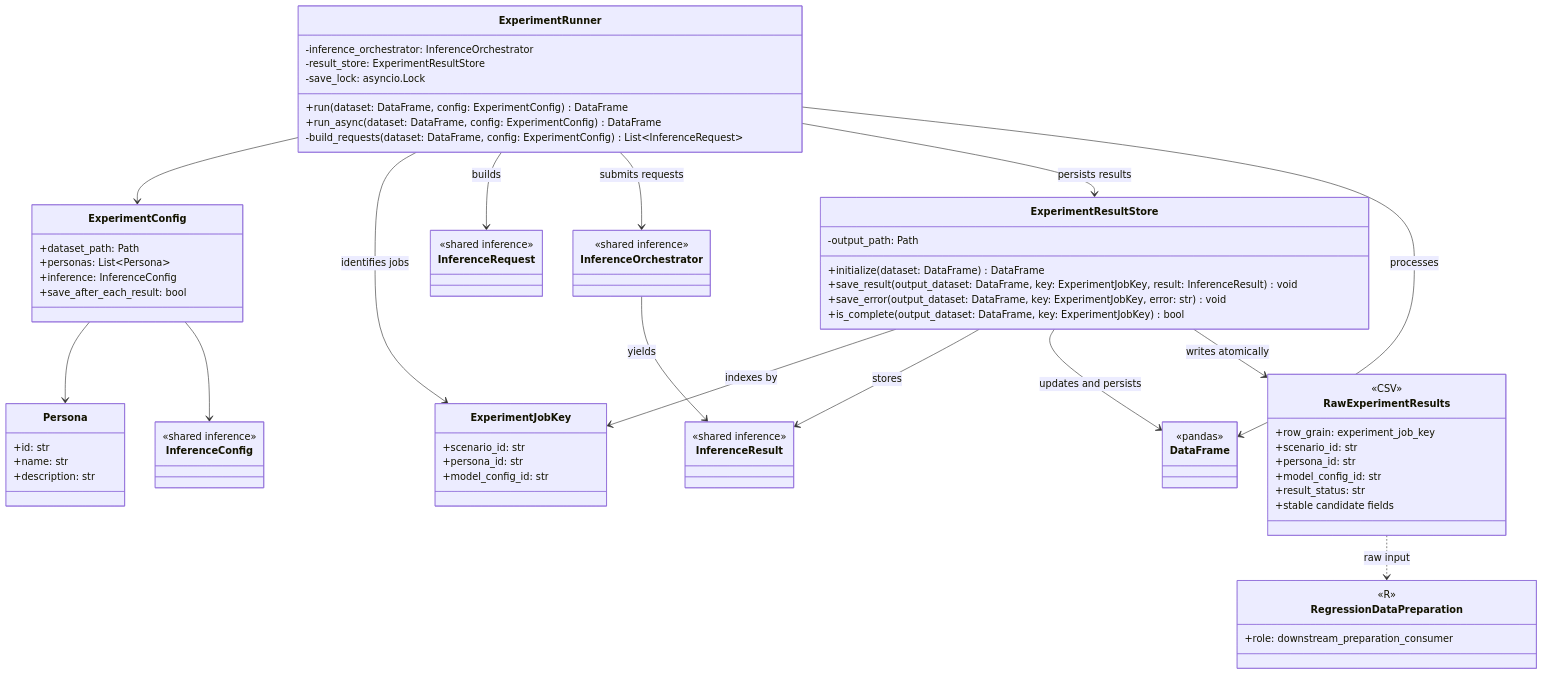
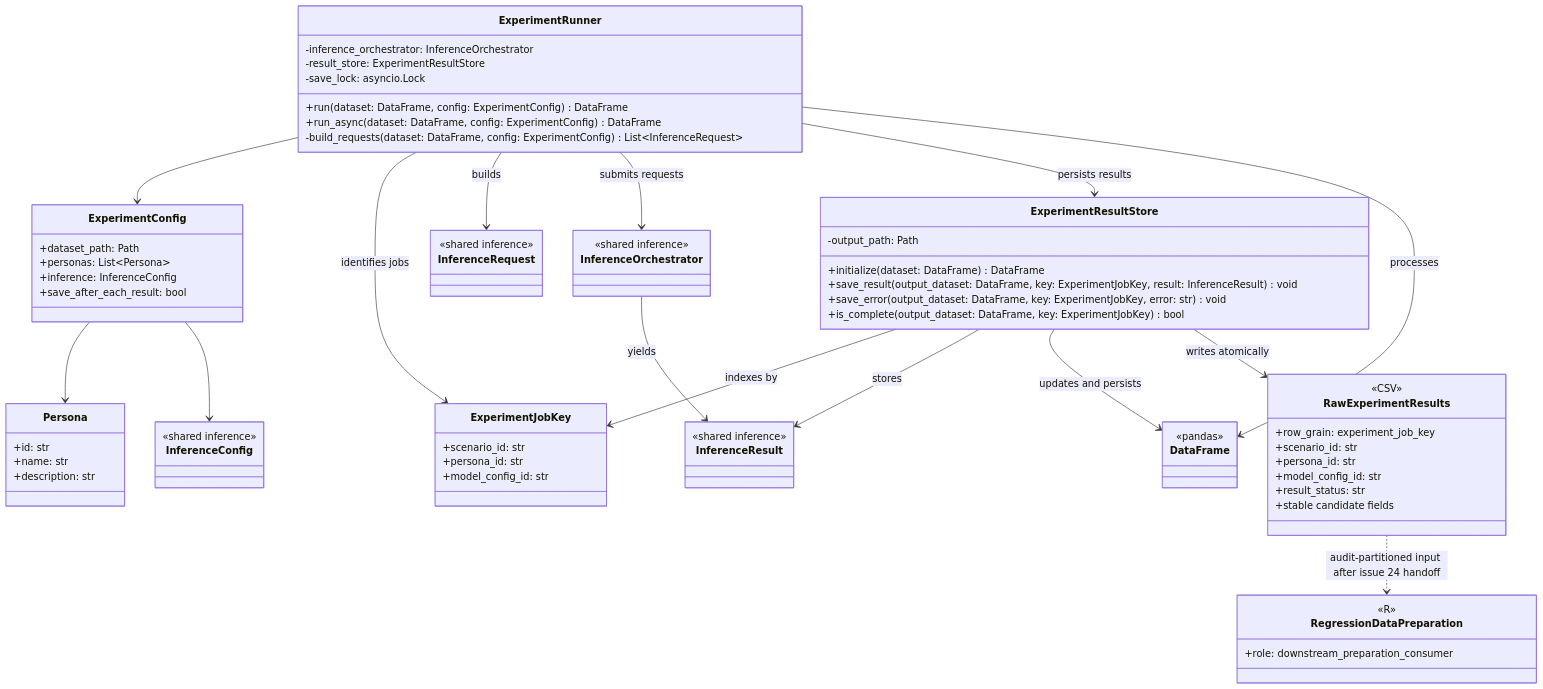
The diagram in docs/architecture/experiment_execution.mmd (KirillUtyashev/LLM_AuditKit), drawn with Mermaid before and after one commit. The commit also changed 20 other files, not shown here.

```diff
--- a/docs/architecture/experiment_execution.mmd
+++ b/docs/architecture/experiment_execution.mmd
@@ -1,78 +1,78 @@
 ---
 config:
   theme: mc
 ---
 classDiagram
     class ExperimentConfig {
         +dataset_path: Path
         +personas: List~Persona~
         +inference: InferenceConfig
         +save_after_each_result: bool
     }
     class Persona {
         +id: str
         +name: str
         +description: str
     }
     class InferenceConfig {
         <<shared inference>>
     }
     class InferenceRequest {
         <<shared inference>>
     }
     class InferenceResult {
         <<shared inference>>
     }
     class InferenceOrchestrator {
         <<shared inference>>
     }
     class ExperimentJobKey {
         +scenario_id: str
         +persona_id: str
         +model_config_id: str
     }
     class ExperimentRunner {
         -inference_orchestrator: InferenceOrchestrator
         -result_store: ExperimentResultStore
         -save_lock: asyncio.Lock
         +run(dataset: DataFrame, config: ExperimentConfig) DataFrame
         +run_async(dataset: DataFrame, config: ExperimentConfig) DataFrame
         -build_requests(dataset: DataFrame, config: ExperimentConfig) List~InferenceRequest~
     }
     class ExperimentResultStore {
         -output_path: Path
         +initialize(dataset: DataFrame) DataFrame
         +save_result(output_dataset: DataFrame, key: ExperimentJobKey, result: InferenceResult) void
         +save_error(output_dataset: DataFrame, key: ExperimentJobKey, error: str) void
         +is_complete(output_dataset: DataFrame, key: ExperimentJobKey) bool
     }
     class DataFrame {
         <<pandas>>
     }
     class RawExperimentResults {
         <<CSV>>
         +row_grain: experiment_job_key
         +scenario_id: str
         +persona_id: str
         +model_config_id: str
         +result_status: str
         +stable candidate fields
     }
     class RegressionDataPreparation {
         <<R>>
         +role: downstream_preparation_consumer
     }
     ExperimentConfig --> Persona
     ExperimentConfig --> InferenceConfig
     ExperimentRunner --> ExperimentConfig
     ExperimentRunner --> ExperimentJobKey : identifies jobs
     ExperimentRunner --> InferenceRequest : builds
     ExperimentRunner --> InferenceOrchestrator : submits requests
     InferenceOrchestrator --> InferenceResult : yields
     ExperimentRunner --> ExperimentResultStore : persists results
     ExperimentRunner --> DataFrame : processes
     ExperimentResultStore --> ExperimentJobKey : indexes by
     ExperimentResultStore --> InferenceResult : stores
     ExperimentResultStore --> DataFrame : updates and persists
     ExperimentResultStore --> RawExperimentResults : writes atomically
-    RawExperimentResults ..> RegressionDataPreparation : raw input
+    RawExperimentResults ..> RegressionDataPreparation : audit-partitioned input after issue 24 handoff
```
